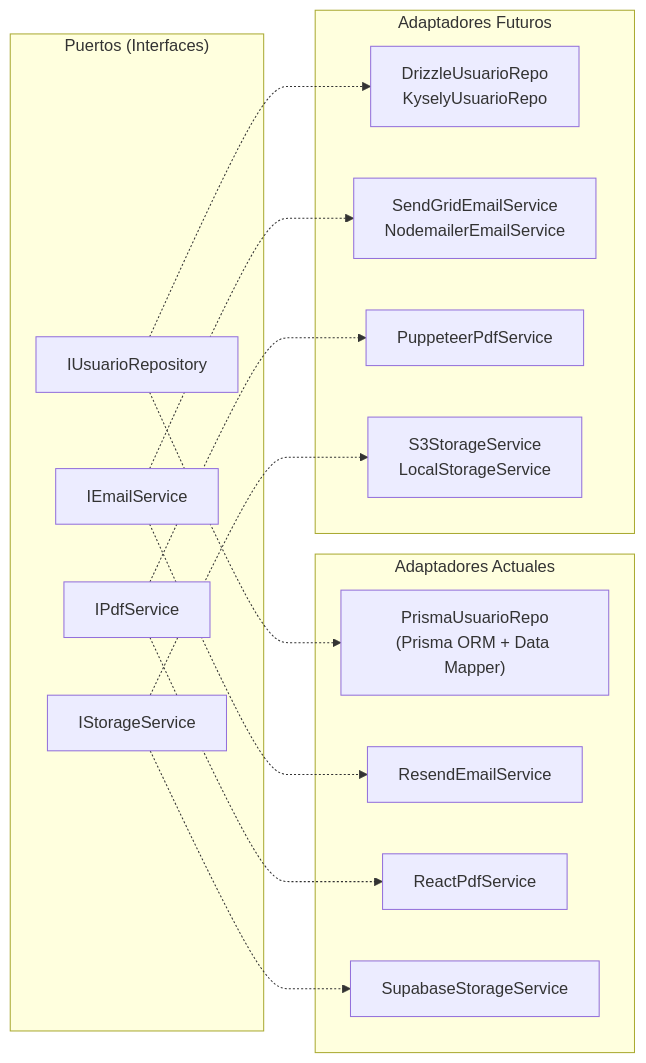
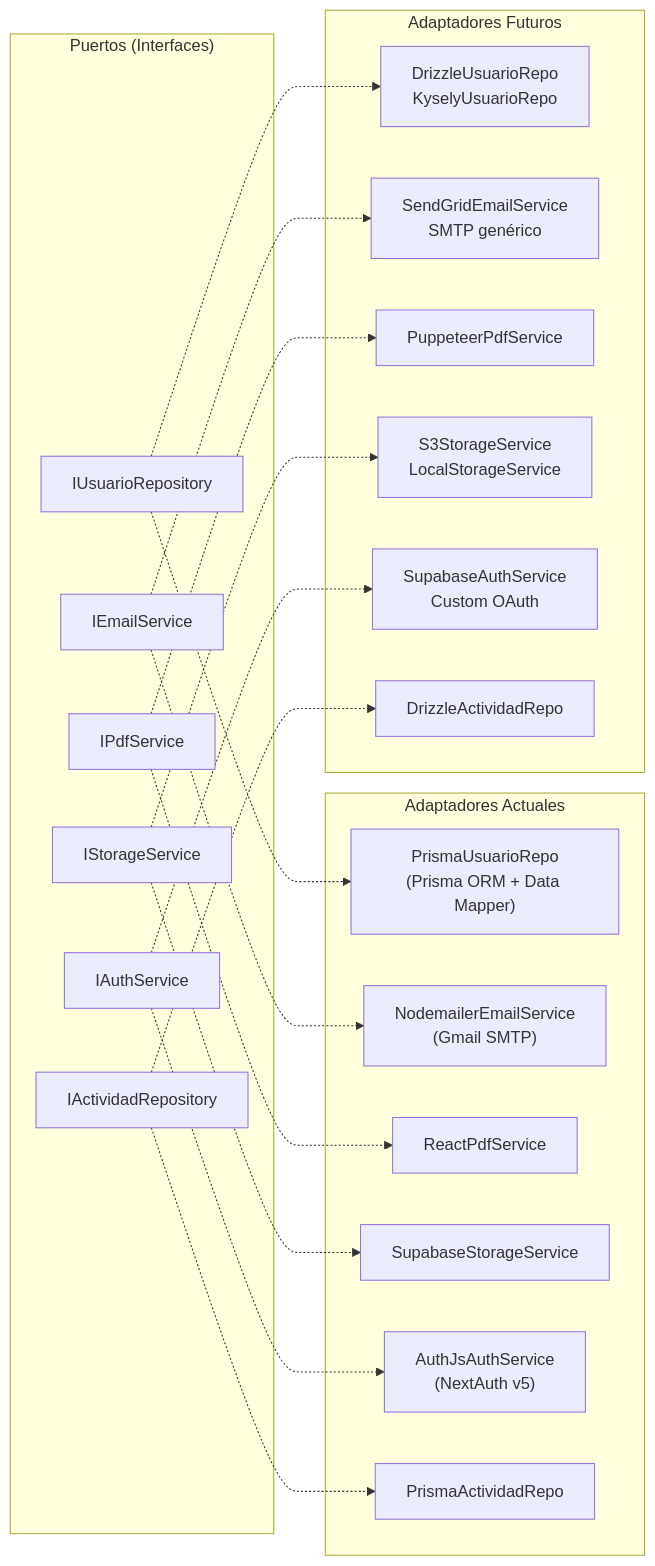
Before and after one commit to iKinoo/aniei-registro-2026: diagram 12 of 14 in docs/DESIGN.md, drawn with Mermaid. The commit also changed other lines of this file and 3 other files, not shown here.

````diff
--- a/docs/DESIGN.md
+++ b/docs/DESIGN.md
@@ -1052,32 +1400,42 @@
 ```mermaid
 graph LR
     subgraph Puertos["Puertos (Interfaces)"]
         P1["IUsuarioRepository"]
         P2["IEmailService"]
         P3["IPdfService"]
         P4["IStorageService"]
+        P5["IAuthService"]
+        P6["IActividadRepository"]
     end
 
     subgraph Actual["Adaptadores Actuales"]
         A1["PrismaUsuarioRepo<br/>(Prisma ORM + Data Mapper)"]
-        A2["ResendEmailService"]
+        A2["NodemailerEmailService<br/>(Gmail SMTP)"]
         A3["ReactPdfService"]
         A4["SupabaseStorageService"]
+        A5["AuthJsAuthService<br/>(NextAuth v5)"]
+        A6["PrismaActividadRepo"]
     end
 
     subgraph Futuro["Adaptadores Futuros"]
         F1["DrizzleUsuarioRepo<br/>KyselyUsuarioRepo"]
-        F2["SendGridEmailService<br/>NodemailerEmailService"]
+        F2["SendGridEmailService<br/>SMTP genérico"]
         F3["PuppeteerPdfService"]
         F4["S3StorageService<br/>LocalStorageService"]
+        F5["SupabaseAuthService<br/>Custom OAuth"]
+        F6["DrizzleActividadRepo"]
     end
 
     P1 -.-> A1
     P1 -.-> F1
     P2 -.-> A2
     P2 -.-> F2
     P3 -.-> A3
     P3 -.-> F3
     P4 -.-> A4
     P4 -.-> F4
+    P5 -.-> A5
+    P5 -.-> F5
+    P6 -.-> A6
+    P6 -.-> F6
 ```
````
